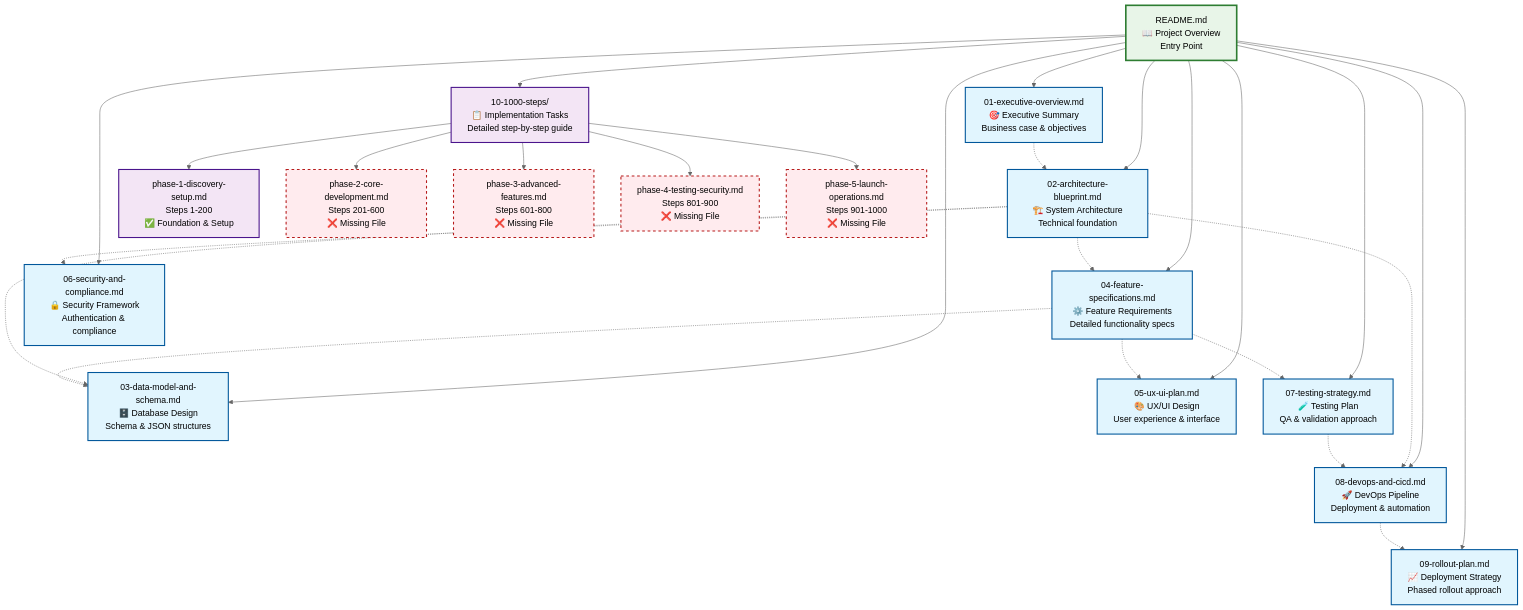
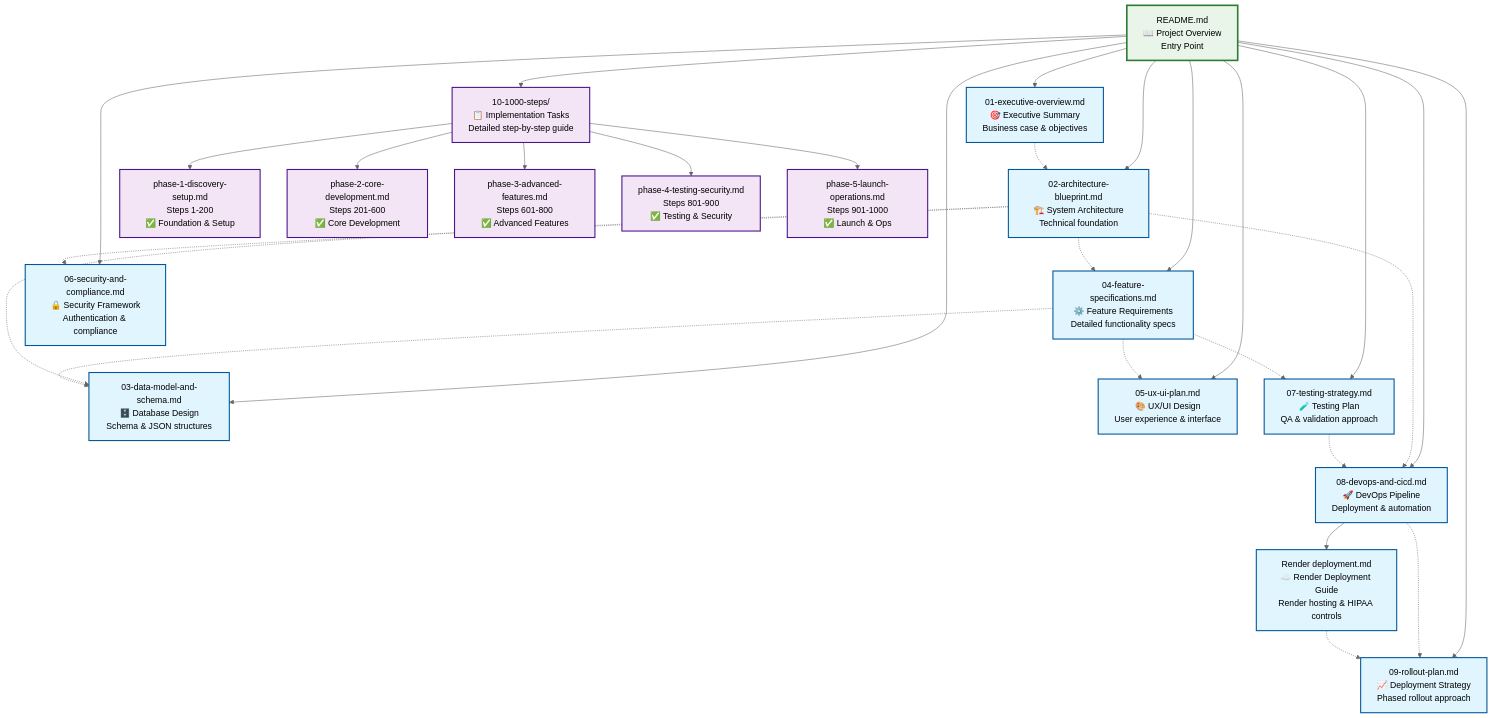
The diagram in project-structure-flowchart.md (becastil/survey-web-app), drawn with Mermaid (neutral theme) before and after one commit. The commit also changed other lines of this file and 5 other files, not shown here.

Commit message:
Add comprehensive development phases and deployment documentation

````diff
--- a/project-structure-flowchart.md
+++ b/project-structure-flowchart.md
@@ -7,52 +7,53 @@
 ```mermaid
 flowchart TD
     README[README.md<br/>📖 Project Overview<br/>Entry Point] --> EXEC[01-executive-overview.md<br/>🎯 Executive Summary<br/>Business case & objectives]
     
     README --> ARCH[02-architecture-blueprint.md<br/>🏗️ System Architecture<br/>Technical foundation]
     
     README --> DATA[03-data-model-and-schema.md<br/>🗄️ Database Design<br/>Schema & JSON structures]
     
     README --> FEAT[04-feature-specifications.md<br/>⚙️ Feature Requirements<br/>Detailed functionality specs]
     
     README --> UX[05-ux-ui-plan.md<br/>🎨 UX/UI Design<br/>User experience & interface]
     
     README --> SEC[06-security-and-compliance.md<br/>🔒 Security Framework<br/>Authentication & compliance]
     
     README --> TEST[07-testing-strategy.md<br/>🧪 Testing Plan<br/>QA & validation approach]
     
     README --> DEVOPS[08-devops-and-cicd.md<br/>🚀 DevOps Pipeline<br/>Deployment & automation]
     
+    DEVOPS --> RENDER[Render deployment.md<br/>☁️ Render Deployment Guide<br/>Render hosting & HIPAA controls]
+    
     README --> ROLLOUT[09-rollout-plan.md<br/>📈 Deployment Strategy<br/>Phased rollout approach]
     
     README --> STEPS[10-1000-steps/<br/>📋 Implementation Tasks<br/>Detailed step-by-step guide]
     
     %% Dependencies between documents
     EXEC -.-> ARCH
     ARCH -.-> DATA
     ARCH -.-> FEAT
     FEAT -.-> DATA
     FEAT -.-> UX
     ARCH -.-> SEC
     FEAT -.-> TEST
     ARCH -.-> DEVOPS
     TEST -.-> DEVOPS
     DEVOPS -.-> ROLLOUT
+    RENDER -.-> ROLLOUT
     
     %% 1000 Steps breakdown
     STEPS --> P1[phase-1-discovery-setup.md<br/>Steps 1-200<br/>✅ Foundation & Setup]
-    STEPS --> P2[phase-2-core-development.md<br/>Steps 201-600<br/>❌ Missing File]
-    STEPS --> P3[phase-3-advanced-features.md<br/>Steps 601-800<br/>❌ Missing File]
-    STEPS --> P4[phase-4-testing-security.md<br/>Steps 801-900<br/>❌ Missing File]
-    STEPS --> P5[phase-5-launch-operations.md<br/>Steps 901-1000<br/>❌ Missing File]
+    STEPS --> P2[phase-2-core-development.md<br/>Steps 201-600<br/>✅ Core Development]
+    STEPS --> P3[phase-3-advanced-features.md<br/>Steps 601-800<br/>✅ Advanced Features]
+    STEPS --> P4[phase-4-testing-security.md<br/>Steps 801-900<br/>✅ Testing & Security]
+    STEPS --> P5[phase-5-launch-operations.md<br/>Steps 901-1000<br/>✅ Launch & Ops]
     
     %% Style the nodes
     classDef mainDocs fill:#e1f5fe,stroke:#01579b,stroke-width:2px
     classDef phaseDocs fill:#f3e5f5,stroke:#4a148c,stroke-width:2px
-    classDef missingDocs fill:#ffebee,stroke:#b71c1c,stroke-width:2px,stroke-dasharray: 5 5
     classDef readmeNode fill:#e8f5e8,stroke:#2e7d32,stroke-width:3px
     
     class README readmeNode
-    class EXEC,ARCH,DATA,FEAT,UX,SEC,TEST,DEVOPS,ROLLOUT mainDocs
-    class STEPS,P1 phaseDocs
-    class P2,P3,P4,P5 missingDocs
+    class EXEC,ARCH,DATA,FEAT,UX,SEC,TEST,DEVOPS,ROLLOUT,RENDER mainDocs
+    class STEPS,P1,P2,P3,P4,P5 phaseDocs
 ```
````
